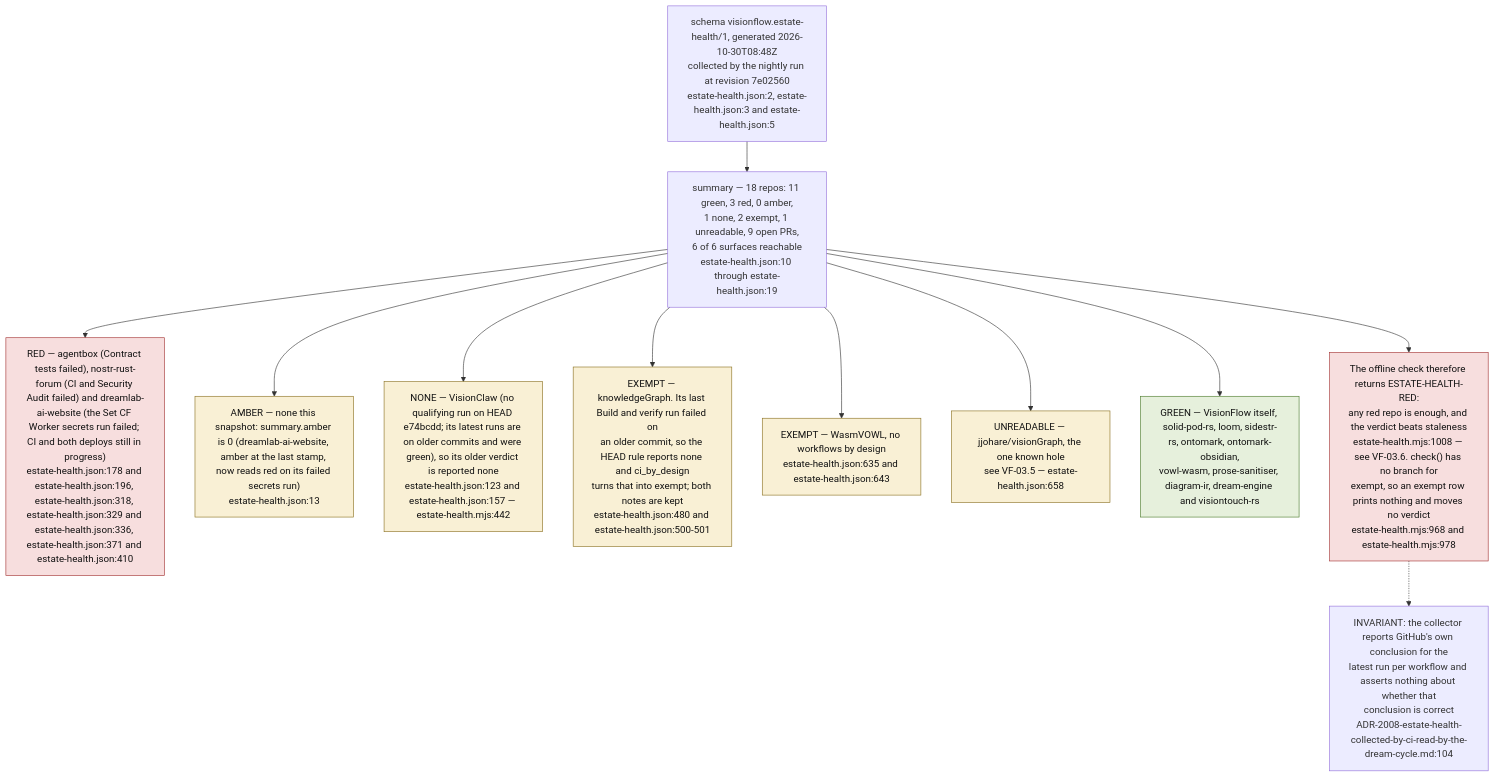
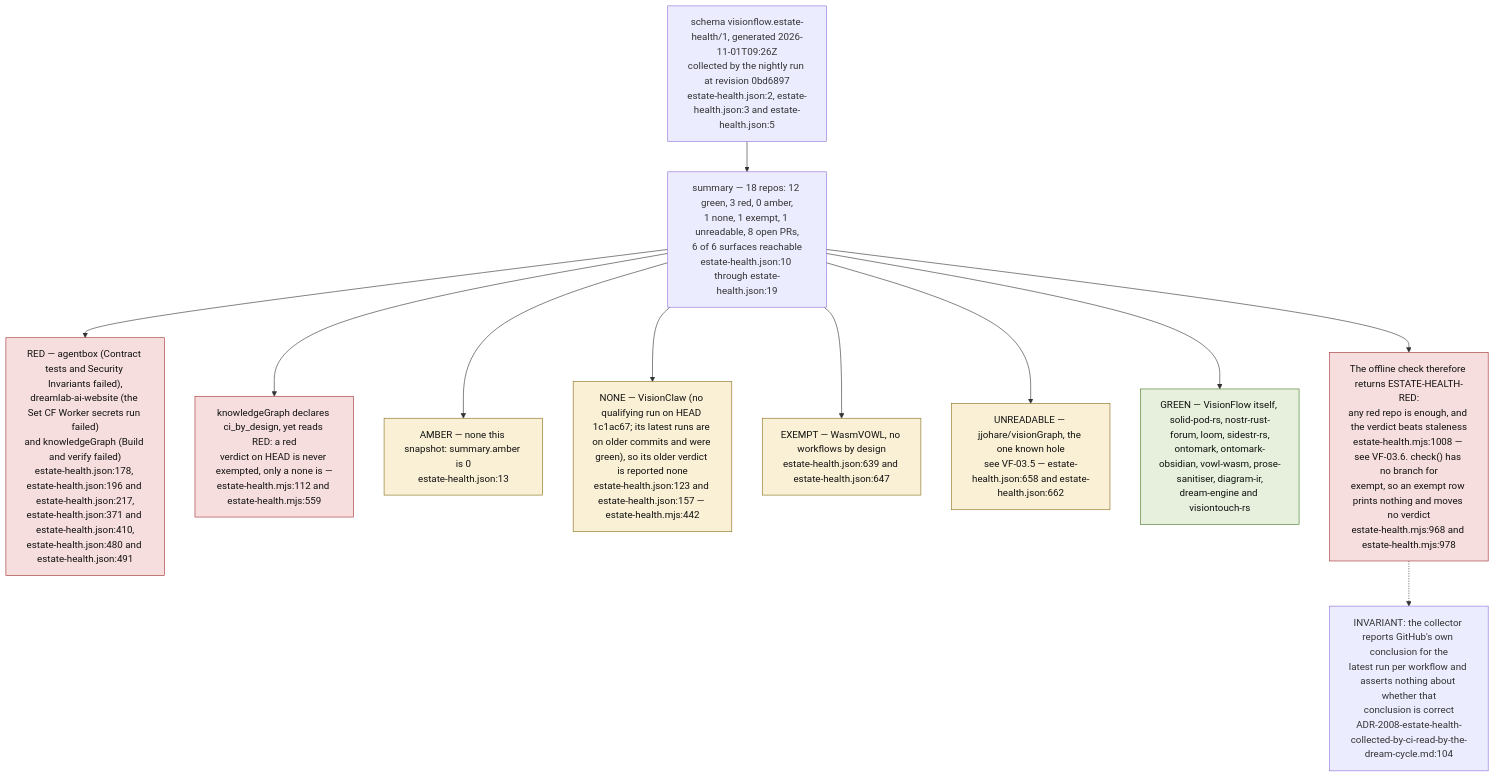
The ninth of 9 diagrams in docs/diagrams/visionflow/03-estate-health.md (DreamLab-AI/VisionFlow), drawn with Mermaid before and after one commit. The commit also changed other lines of this file and 91 other files, not shown here.

First line of the commit message:
docs(audit): estate audit wave 2, every repository except agentbox and VisionClaw

````diff
--- a/docs/diagrams/visionflow/03-estate-health.md
+++ b/docs/diagrams/visionflow/03-estate-health.md
@@ -285,24 +287,24 @@
 ```mermaid
 flowchart TB
     classDef red fill:#f7dede,stroke:#a33333,color:#111
     classDef green fill:#e6f0dc,stroke:#4a7a2a,color:#111
     classDef amb fill:#f9f0d5,stroke:#8a7020,color:#111
 
-    SNAP["schema visionflow.estate-health/1, generated 2026-10-30T08:48Z<br/>collected by the nightly run at revision 7e02560<br/>estate-health.json:2, estate-health.json:3 and estate-health.json:5"]
+    SNAP["schema visionflow.estate-health/1, generated 2026-11-01T09:26Z<br/>collected by the nightly run at revision 0bd6897<br/>estate-health.json:2, estate-health.json:3 and estate-health.json:5"]
 
-    SNAP --> SUM["summary — 18 repos: 11 green, 3 red, 0 amber,<br/>1 none, 2 exempt, 1 unreadable, 9 open PRs,<br/>6 of 6 surfaces reachable<br/>estate-health.json:10 through estate-health.json:19"]
+    SNAP --> SUM["summary — 18 repos: 12 green, 3 red, 0 amber,<br/>1 none, 1 exempt, 1 unreadable, 8 open PRs,<br/>6 of 6 surfaces reachable<br/>estate-health.json:10 through estate-health.json:19"]
 
-    SUM --> R4["RED — agentbox (Contract tests failed), nostr-rust-forum (CI and Security Audit failed) and dreamlab-ai-website (the Set CF Worker secrets run failed; CI and both deploys still in progress)<br/>estate-health.json:178 and estate-health.json:196, estate-health.json:318, estate-health.json:329 and estate-health.json:336, estate-health.json:371 and estate-health.json:410"]:::red
-    SUM --> A1["AMBER — none this snapshot: summary.amber is 0 (dreamlab-ai-website, amber at the last stamp, now reads red on its failed secrets run)<br/>estate-health.json:13"]:::amb
-    SUM --> N1["NONE — VisionClaw (no qualifying run on HEAD e74bcdd; its latest runs are on older commits and were green), so its older verdict is reported none<br/>estate-health.json:123 and estate-health.json:157 — estate-health.mjs:442"]:::amb
-    SUM --> E1["EXEMPT — knowledgeGraph. Its last Build and verify run failed on<br/>an older commit, so the HEAD rule reports none and ci_by_design<br/>turns that into exempt; both notes are kept<br/>estate-health.json:480 and estate-health.json:500-501"]:::amb
-    SUM --> E2["EXEMPT — WasmVOWL, no workflows by design<br/>estate-health.json:635 and estate-health.json:643"]:::amb
-    SUM --> U1["UNREADABLE — jjohare/visionGraph, the one known hole<br/>see VF-03.5 — estate-health.json:658"]:::amb
-    SUM --> G1["GREEN — VisionFlow itself, solid-pod-rs, loom, sidestr-rs, ontomark, ontomark-obsidian,<br/>vowl-wasm, prose-sanitiser, diagram-ir, dream-engine and visiontouch-rs"]:::green
+    SUM --> R4["RED — agentbox (Contract tests and Security Invariants failed),<br/>dreamlab-ai-website (the Set CF Worker secrets run failed)<br/>and knowledgeGraph (Build and verify failed)<br/>estate-health.json:178, estate-health.json:196 and estate-health.json:217,<br/>estate-health.json:371 and estate-health.json:410,<br/>estate-health.json:480 and estate-health.json:491"]:::red
+    SUM --> KG["knowledgeGraph declares ci_by_design, yet reads RED: a red<br/>verdict on HEAD is never exempted, only a none is —<br/>estate-health.mjs:112 and estate-health.mjs:559"]:::red
+    SUM --> A1["AMBER — none this snapshot: summary.amber is 0<br/>estate-health.json:13"]:::amb
+    SUM --> N1["NONE — VisionClaw (no qualifying run on HEAD 1c1ac67; its latest runs are on older commits and were green), so its older verdict is reported none<br/>estate-health.json:123 and estate-health.json:157 — estate-health.mjs:442"]:::amb
+    SUM --> E2["EXEMPT — WasmVOWL, no workflows by design<br/>estate-health.json:639 and estate-health.json:647"]:::amb
+    SUM --> U1["UNREADABLE — jjohare/visionGraph, the one known hole<br/>see VF-03.5 — estate-health.json:658 and estate-health.json:662"]:::amb
+    SUM --> G1["GREEN — VisionFlow itself, solid-pod-rs, nostr-rust-forum, loom, sidestr-rs,<br/>ontomark, ontomark-obsidian, vowl-wasm, prose-sanitiser, diagram-ir,<br/>dream-engine and visiontouch-rs"]:::green
 
     VERD["The offline check therefore returns ESTATE-HEALTH-RED:<br/>any red repo is enough, and the verdict beats staleness<br/>estate-health.mjs:1008 — see VF-03.6. check() has no branch for<br/>exempt, so an exempt row prints nothing and moves no verdict<br/>estate-health.mjs:968 and estate-health.mjs:978"]:::red
     SUM --> VERD
 
     INV["INVARIANT: the collector reports GitHub's own conclusion for the<br/>latest run per workflow and asserts nothing about whether that<br/>conclusion is correct<br/>ADR-2008-estate-health-collected-by-ci-read-by-the-dream-cycle.md:104"]
     VERD -.-> INV
 ```
````
